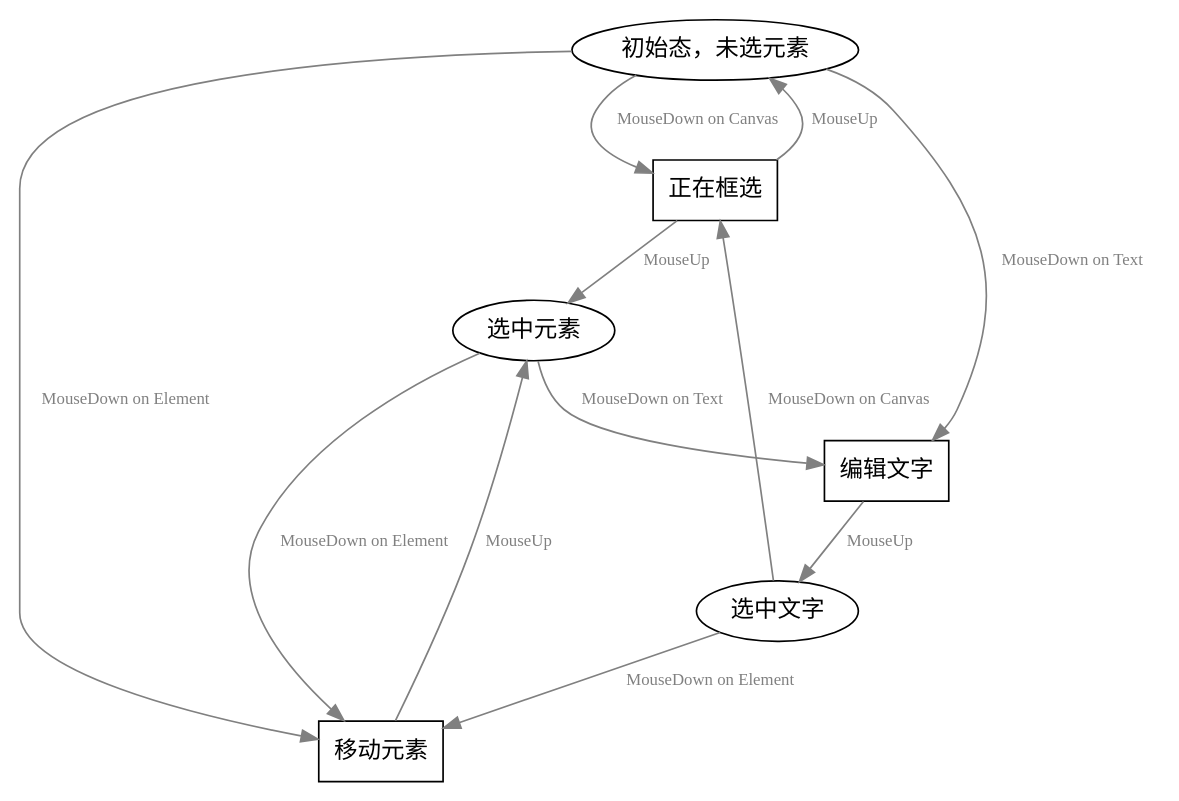
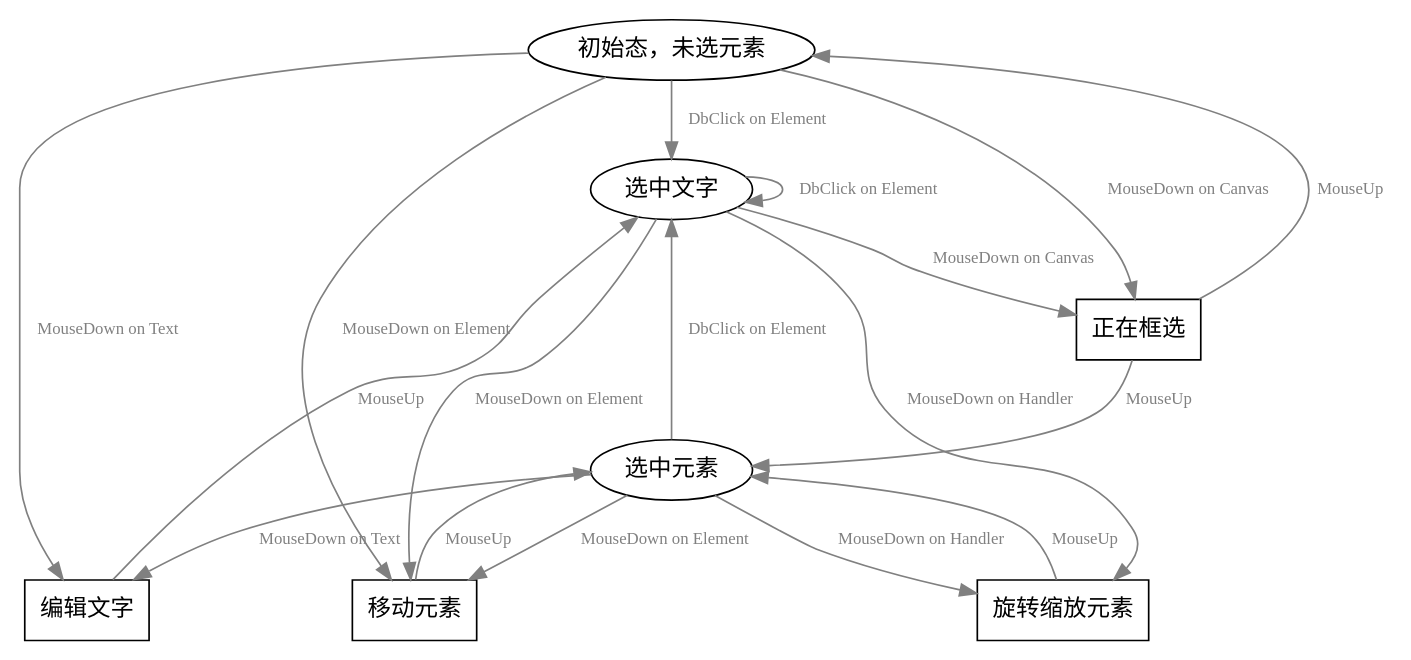
The diagram in select-state.dot (renmin/SimplestSlide), drawn with Graphviz before and after one commit.

Commit message:
Add DBClick trigger

```diff
--- a/select-state.dot
+++ b/select-state.dot
@@ -1,29 +1,34 @@
 digraph G {
 	node [shape=ellipse]; 
 	edge [fontsize=10, color=gray, fontcolor=gray]
 
 	S0 [
 	 label= "初始态，未选元素"
 	]
 	S1 [
 	 label= "选中元素"
 	]
 	S_T [label = "选中文字"]
 
 	node [shape=record]; 
 	Selecting[
 		label="正在框选"
 	]
 	E0 [label="编辑文字"]
-
 	M1[label="移动元素"]
+	O1 [label="旋转缩放元素"]
 
 	{S0,S1,S_T} -> M1 [label="MouseDown on Element"]
 	M1->S1 [label="MouseUp"]
 		
 	{S0,S_T} -> Selecting [label="MouseDown on Canvas"]
 	Selecting-> {S0,S1} [label="MouseUp"]
 	{S0,S1} -> E0 [label="MouseDown on Text"]
 	E0-> S_T [label="MouseUp"]
 
+	{S1,S_T}->O1[label="MouseDown on Handler"]
+	O1->S1 [label="MouseUp"]
+
+	S0,S1,S_T->S_T[label="DbClick on Element"]
+
 }
```
